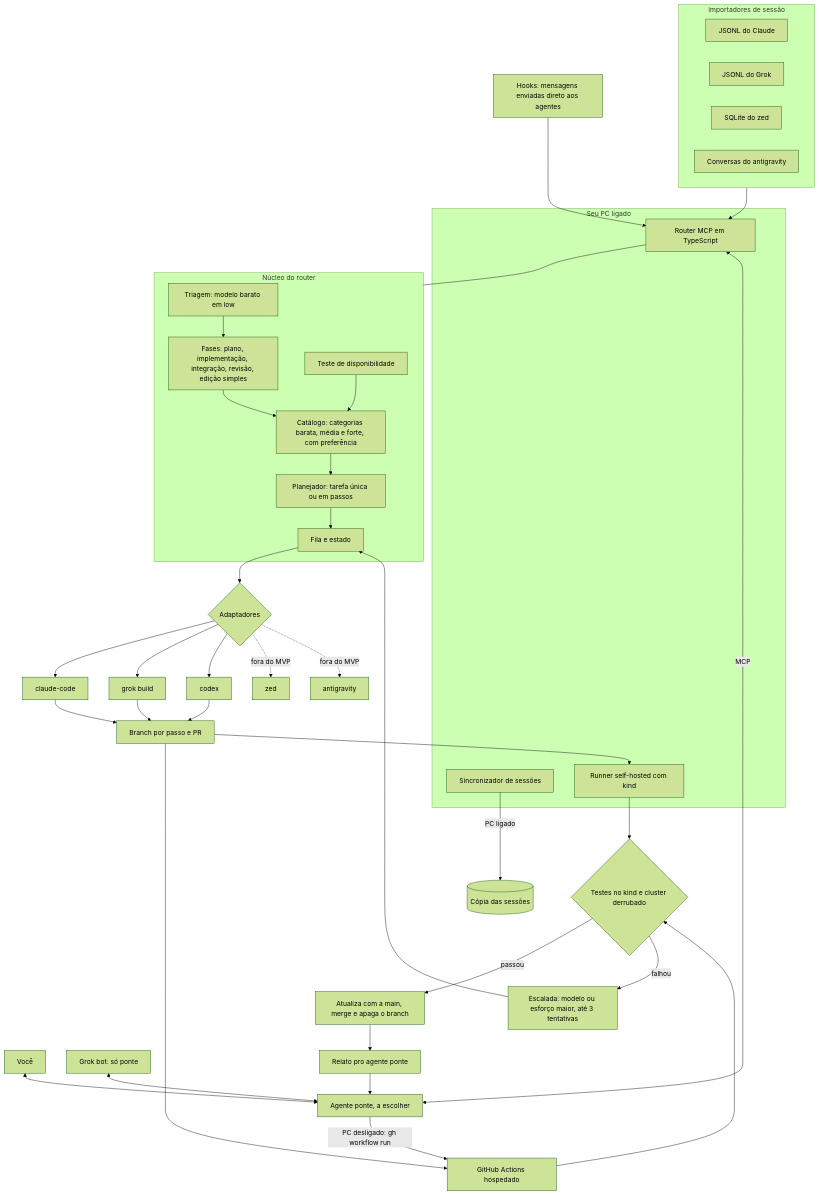
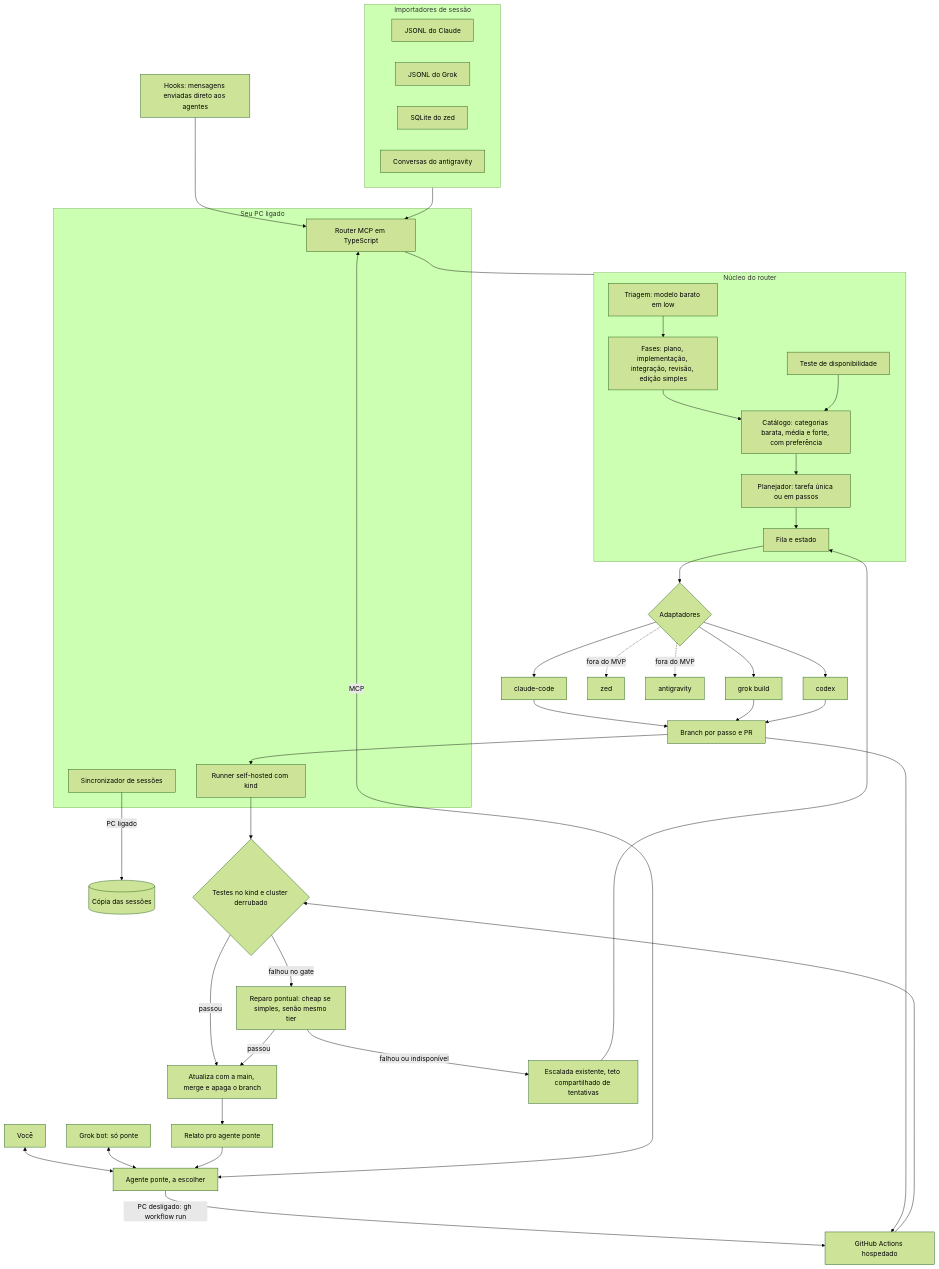
One commit to Lorkyrr/LLM-Router changed the diagram in ARQUITETURA.md. Above: the diagram before and after it, drawn with Mermaid (forest theme). The commit also changed other lines of this file and 18 other files, not shown here.

Commit message:
feat(runner): repair gate failures before escalation

````diff
--- a/ARQUITETURA.md
+++ b/ARQUITETURA.md
@@ -7,50 +7,52 @@
 ```mermaid
 flowchart TB
   U[Você] <--> BR[Agente ponte, a escolher]
   HK[Hooks: mensagens enviadas direto aos agentes] --> R
 
   subgraph PC[Seu PC ligado]
     R[Router MCP em TypeScript]
     SYNC[Sincronizador de sessões]
     SH[Runner self-hosted com kind]
   end
 
   BR <-->|MCP| R
   GK[Grok bot: só ponte] <--> BR
   BR -->|PC desligado: gh workflow run| GH
 
   subgraph CORE[Núcleo do router]
     T[Triagem: modelo barato em low]
     PH[Fases: plano, implementação, integração, revisão, edição simples]
     CAT[Catálogo: categorias barata, média e forte, com preferência]
     AV[Teste de disponibilidade]
     PL[Planejador: tarefa única ou em passos]
     Q[Fila e estado]
   end
   R --- CORE
   T --> PH --> CAT --> PL --> Q
   AV --> CAT
 
   Q --> AD{Adaptadores}
   AD --> CC[claude-code] & GB[grok build] & CX[codex]
   AD -.fora do MVP.-> ZD[zed] & AG[antigravity]
 
   subgraph IMP[Importadores de sessão]
     I1[JSONL do Claude]
     I2[JSONL do Grok]
     I3[SQLite do zed]
     I4[Conversas do antigravity]
   end
   IMP --> R
   SYNC -->|PC ligado| CLOUDSTORE[(Cópia das sessões)]
 
   CC & GB & CX --> BRANCH[Branch por passo e PR]
   BRANCH --> SH
   BRANCH --> GH[GitHub Actions hospedado]
   SH & GH --> TEST{Testes no kind e cluster derrubado}
   TEST -->|passou| MERGE[Atualiza com a main, merge e apaga o branch]
-  TEST -->|falhou| ESC[Escalada: modelo ou esforço maior, até 3 tentativas]
+  TEST -->|falhou no gate| REPAIR[Reparo pontual: cheap se simples, senão mesmo tier]
+  REPAIR -->|passou| MERGE
+  REPAIR -->|falhou ou indisponível| ESC[Escalada existente, teto compartilhado de tentativas]
   ESC --> Q
   MERGE --> REP[Relato pro agente ponte]
   REP --> BR
 ```
````
